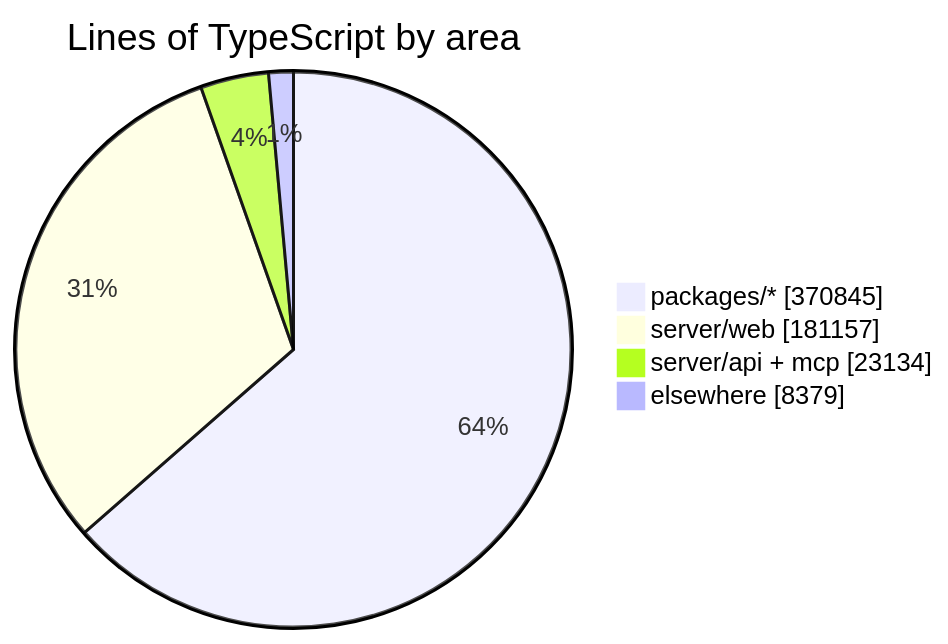
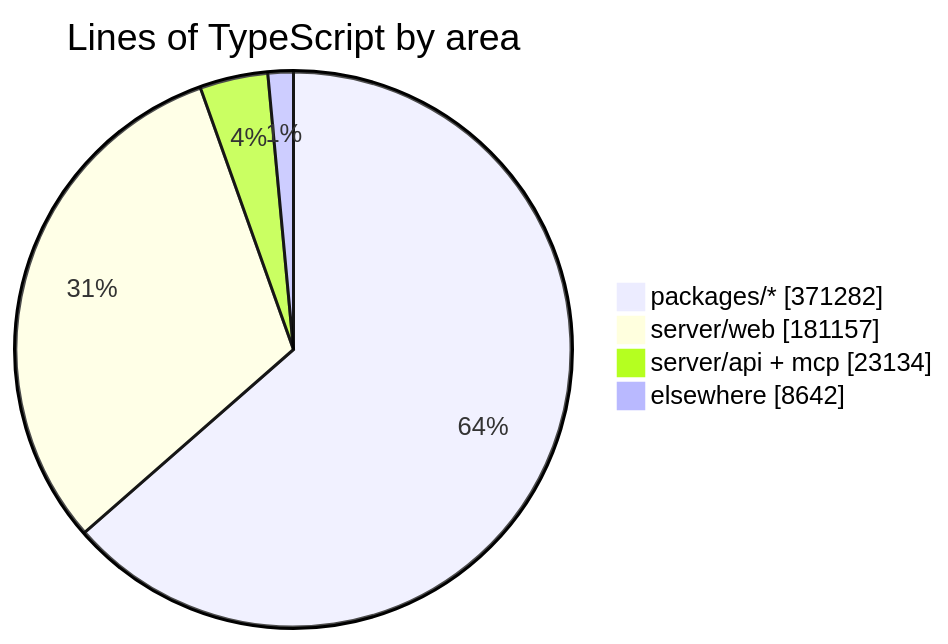
The diagram in README.md (crossworks-engineering/mantle), drawn with Mermaid before and after one commit. The commit also changed other lines of this file and 2 other files, not shown here.

````diff
--- a/README.md
+++ b/README.md
@@ -294,7 +294,7 @@
 ```mermaid
 pie showData title Lines of TypeScript by area
-    "packages/*" : 370845
+    "packages/*" : 371282
     "server/web" : 181157
     "server/api + mcp" : 23134
-    "elsewhere" : 8379
+    "elsewhere" : 8642
 ```
````
